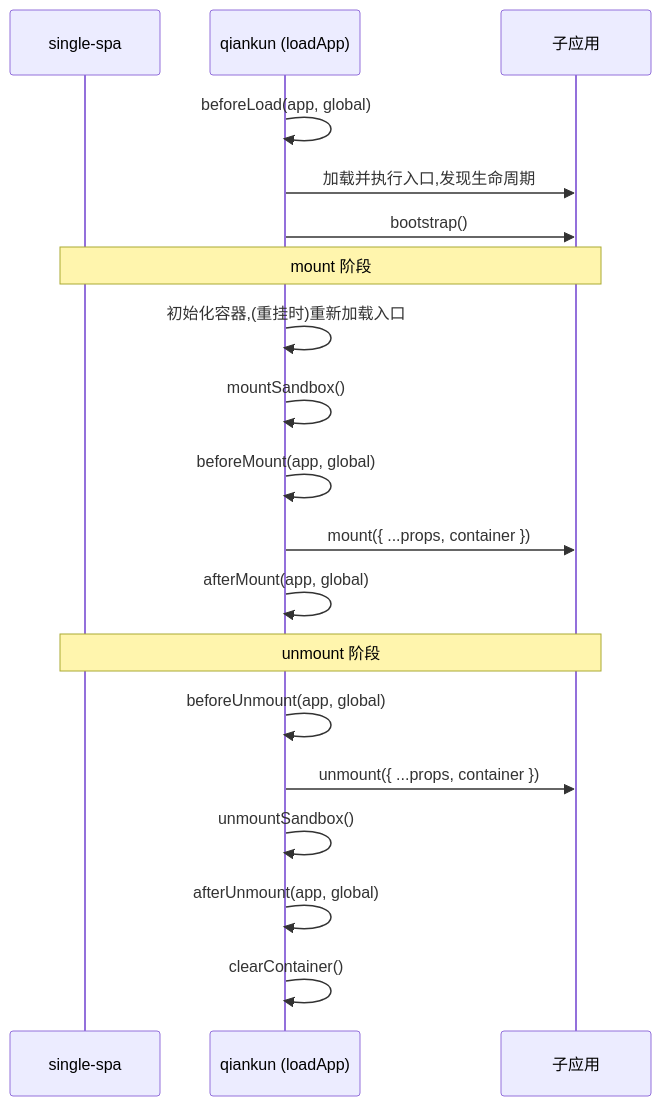
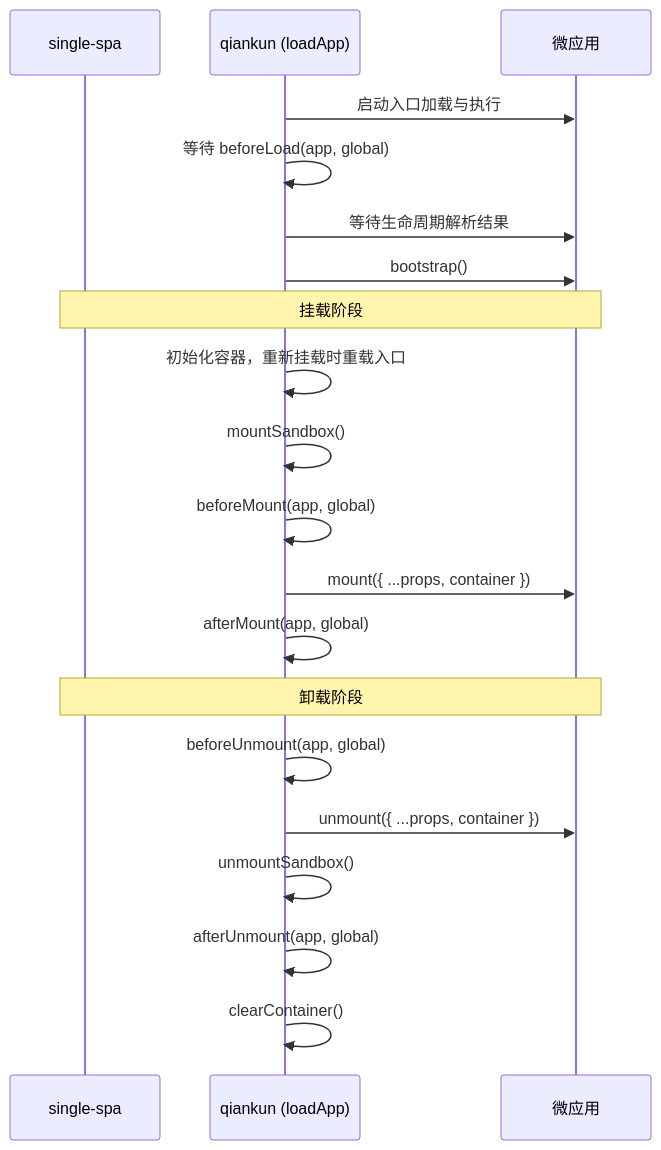
One commit to umijs/qiankun changed the second of 2 diagrams in docs/zh-CN/internals/lifecycle-resolution.md. Above: the diagram before and after it, drawn with Mermaid. The commit also changed other lines of this file and 66 other files, not shown here.

````diff
--- a/docs/zh-CN/internals/lifecycle-resolution.md
+++ b/docs/zh-CN/internals/lifecycle-resolution.md
@@ -112,21 +111,22 @@
 ```mermaid
 sequenceDiagram
   participant SS as single-spa
   participant Q as qiankun (loadApp)
-  participant A as 子应用
-  Q->>Q: beforeLoad(app, global)
-  Q->>A: 加载并执行入口,发现生命周期
+  participant A as 微应用
+  Q->>A: 启动入口加载与执行
+  Q->>Q: 等待 beforeLoad(app, global)
+  Q->>A: 等待生命周期解析结果
   Q->>A: bootstrap()
-  Note over SS,A: mount 阶段
-  Q->>Q: 初始化容器,(重挂时)重新加载入口
+  Note over SS,A: 挂载阶段
+  Q->>Q: 初始化容器，重新挂载时重载入口
   Q->>Q: mountSandbox()
   Q->>Q: beforeMount(app, global)
   Q->>A: mount({ ...props, container })
   Q->>Q: afterMount(app, global)
-  Note over SS,A: unmount 阶段
+  Note over SS,A: 卸载阶段
   Q->>Q: beforeUnmount(app, global)
   Q->>A: unmount({ ...props, container })
   Q->>Q: unmountSandbox()
   Q->>Q: afterUnmount(app, global)
   Q->>Q: clearContainer()
 ```
````
